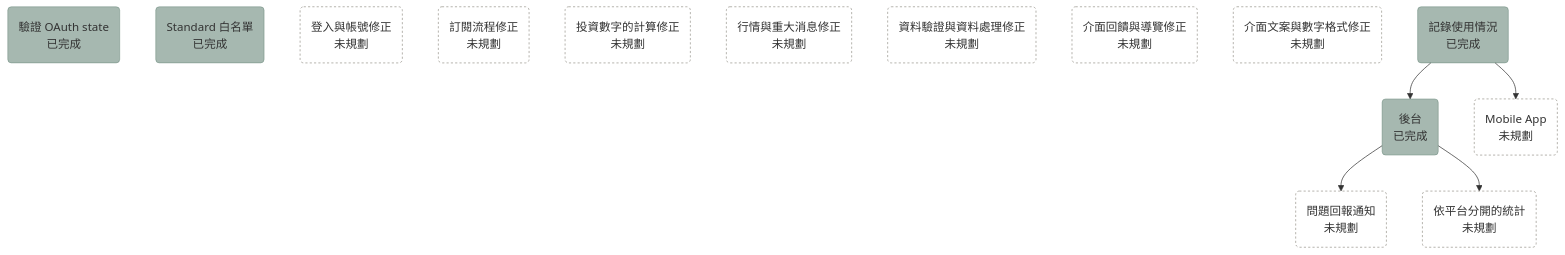
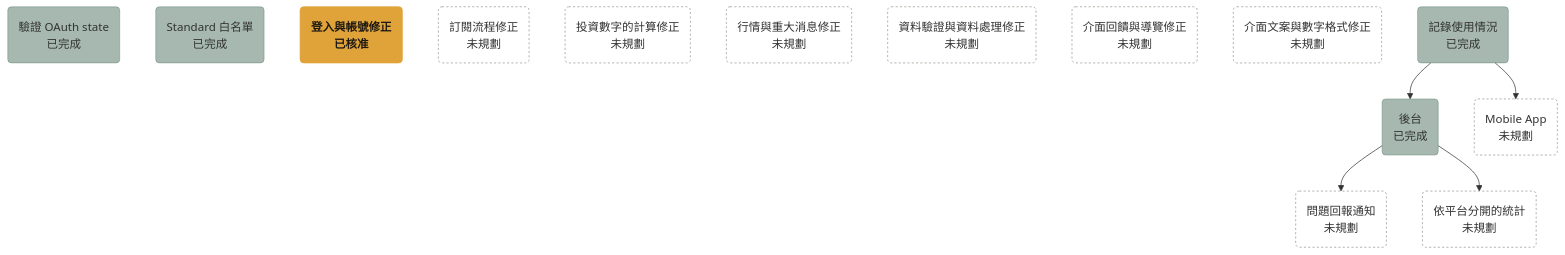
The diagram in docs/plans/roadmap.md (bingyangchen/taigu), drawn with Mermaid before and after one commit. The commit also changed other lines of this file and 2 other files, not shown here.

Commit message:
[plan 0005] Login and account fixes (#230)

````diff
--- a/docs/plans/roadmap.md
+++ b/docs/plans/roadmap.md
@@ -7,24 +7,24 @@
 ```mermaid
 flowchart TD
   oauth_state_check("驗證 OAuth state<br/>已完成"):::done
   standard_whitelist("Standard 白名單<br/>已完成"):::done
-  login_account_fixes("登入與帳號修正<br/>未規劃"):::unplanned
+  login_account_fixes("登入與帳號修正<br/>已核准"):::approved
   billing_fixes("訂閱流程修正<br/>未規劃"):::unplanned
   calculation_fixes("投資數字的計算修正<br/>未規劃"):::unplanned
   market_data_fixes("行情與重大消息修正<br/>未規劃"):::unplanned
   data_fixes("資料驗證與資料處理修正<br/>未規劃"):::unplanned
   ui_feedback_fixes("介面回饋與導覽修正<br/>未規劃"):::unplanned
   copy_fixes("介面文案與數字格式修正<br/>未規劃"):::unplanned
   usage_recording("記錄使用情況<br/>已完成"):::done
   admin_console("後台<br/>已完成"):::done
   issue_report_notification("問題回報通知<br/>未規劃"):::unplanned
   per_platform_stats("依平台分開的統計<br/>未規劃"):::unplanned
   mobile_app("Mobile App<br/>未規劃"):::unplanned
   usage_recording --> admin_console
   usage_recording --> mobile_app
   admin_console --> issue_report_notification
   admin_console --> per_platform_stats
   classDef done fill:#4f726280,stroke:#4f726280
   classDef approved fill:#e0a33a,stroke:#e0a33a,color:#1f1a12,font-weight:bold
   classDef unplanned fill:none,stroke:#9a978f,stroke-dasharray:3 3
 ```
````
